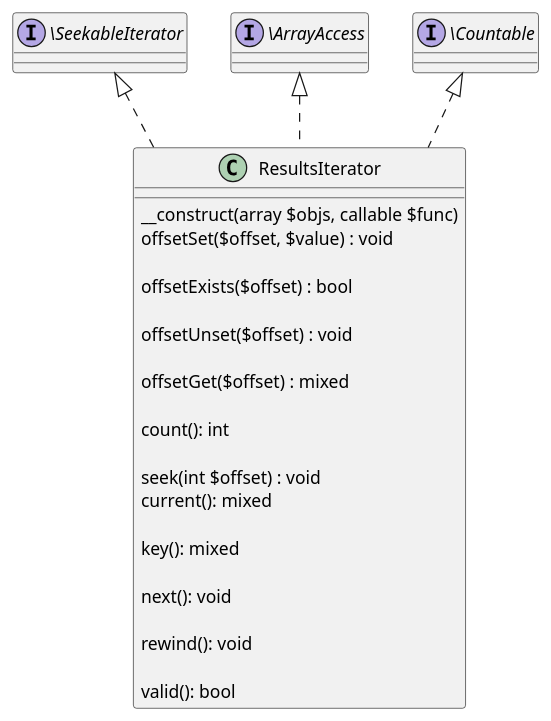
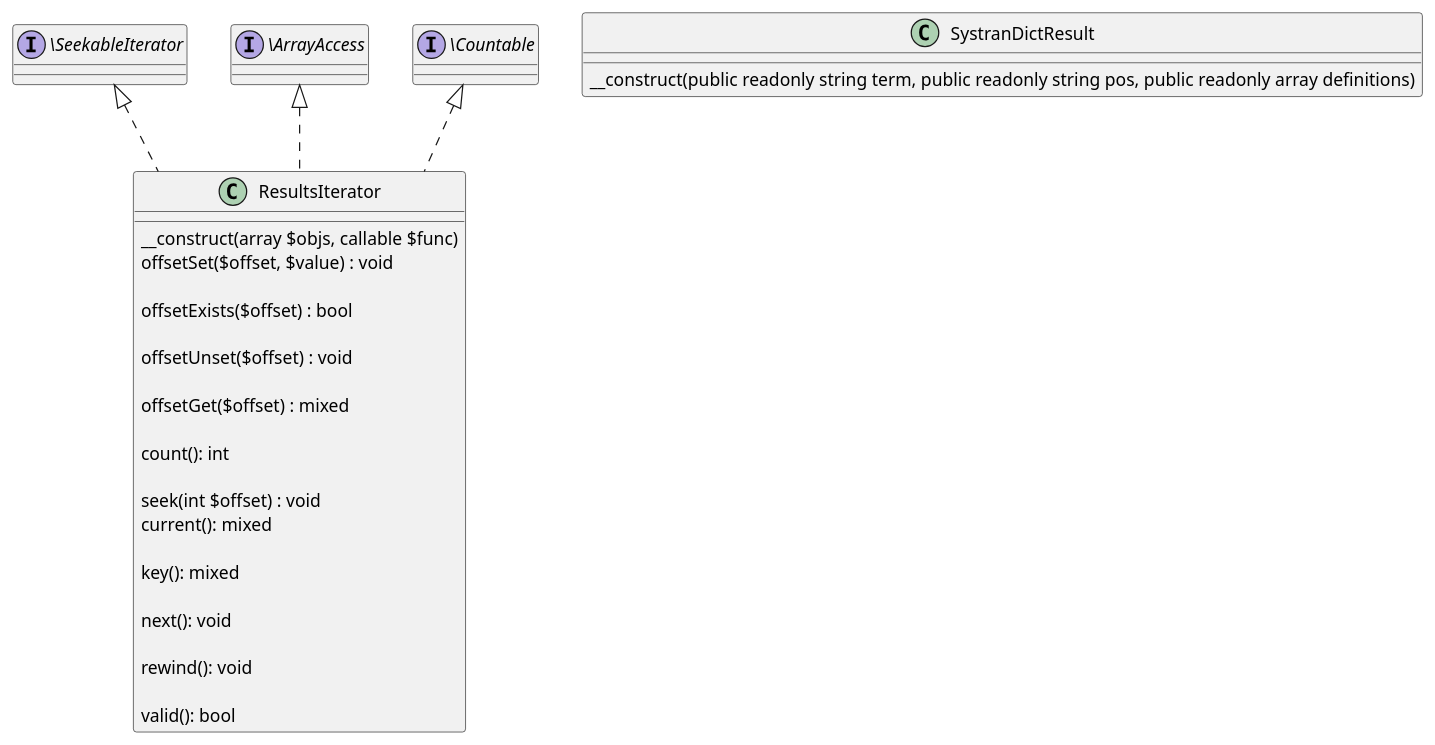
Before and after one commit to kurt-krueckeberg/php-translation-and-dictionary-rest-api-classes: the diagram in plantuml/results-iterator.puml, drawn with PlantUML. The commit also changed 1 other file, not shown here.

```diff
--- a/plantuml/results-iterator.puml
+++ b/plantuml/results-iterator.puml
@@ -1,26 +1,30 @@
 class ResultsIterator implements  \SeekableIterator, \ArrayAccess, \Countable {
 
      __construct(array $objs, callable $func) 
     
     offsetSet($offset, $value) : void
 
     offsetExists($offset) : bool
 
     offsetUnset($offset) : void
 
     offsetGet($offset) : mixed
 
     count(): int
 
     seek(int $offset) : void 
    
     current(): mixed
 
     key(): mixed
 
     next(): void
 
     rewind(): void
 
     valid(): bool
 }
+class  SystranDictResult {
+
+ __construct(public readonly string term, public readonly string pos, public readonly array definitions) 
+}
```
